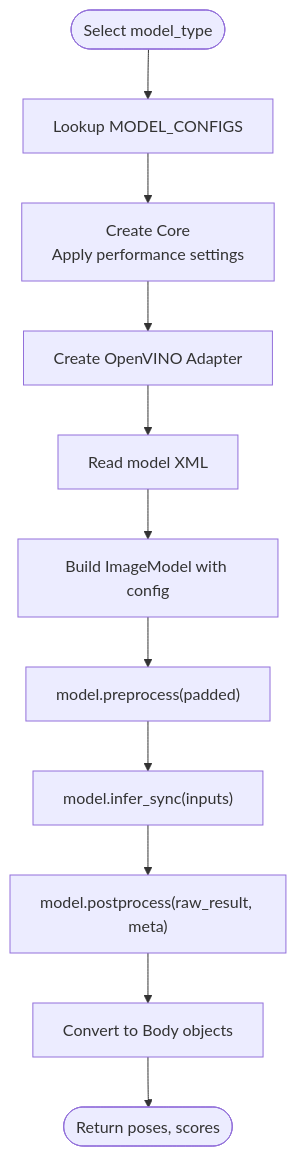
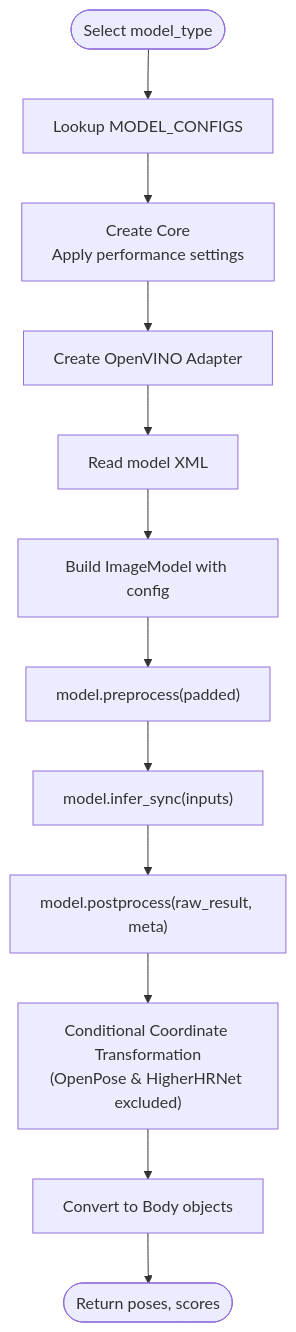
One commit to Fogus-Gr/MeasurementsDTs changed the fifth of 9 diagrams in .qoder/repowiki/en/content/Core Architecture/Model Implementation Patterns.md. Above: the diagram before and after it, drawn with Mermaid. The commit also changed other lines of this file and 10 other files, not shown here.

````diff
--- a/.qoder/repowiki/en/content/Core Architecture/Model Implementation Patterns.md
+++ b/.qoder/repowiki/en/content/Core Architecture/Model Implementation Patterns.md
@@ -219,13 +230,14 @@
 ```mermaid
 flowchart TD
 Start(["Select model_type"]) --> Lookup["Lookup MODEL_CONFIGS"]
 Lookup --> Load["Create Core<br/>Apply performance settings"]
 Load --> Adapter["Create OpenVINO Adapter"]
 Adapter --> Read["Read model XML"]
 Read --> Build["Build ImageModel with config"]
 Build --> Pre["model.preprocess(padded)"]
 Pre --> Infer["model.infer_sync(inputs)"]
 Infer --> Post["model.postprocess(raw_result, meta)"]
-Post --> Bodies["Convert to Body objects"]
+Post --> Conditional["Conditional Coordinate Transformation<br/>(OpenPose & HigherHRNet excluded)"]
+Conditional --> Bodies["Convert to Body objects"]
 Bodies --> End(["Return poses, scores"])
 ```
````
